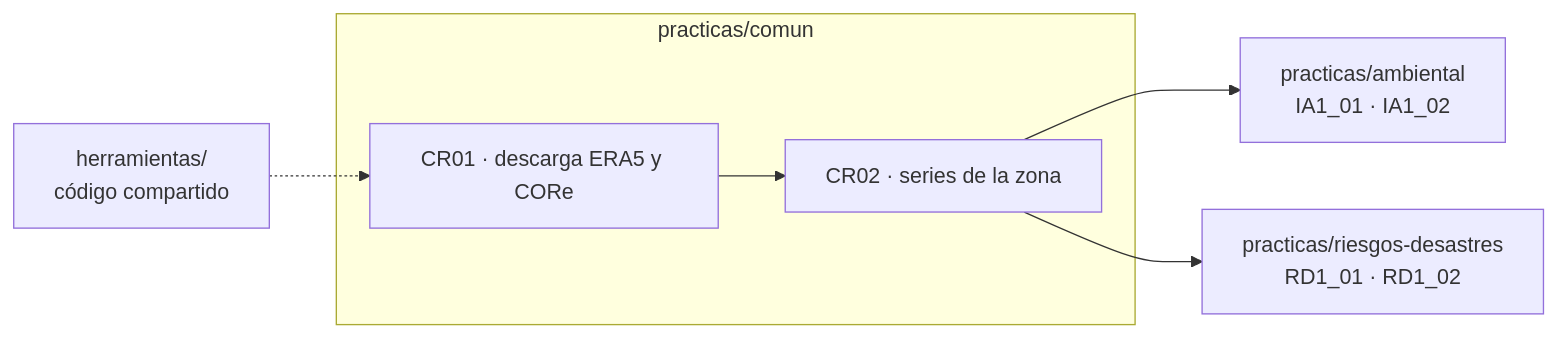
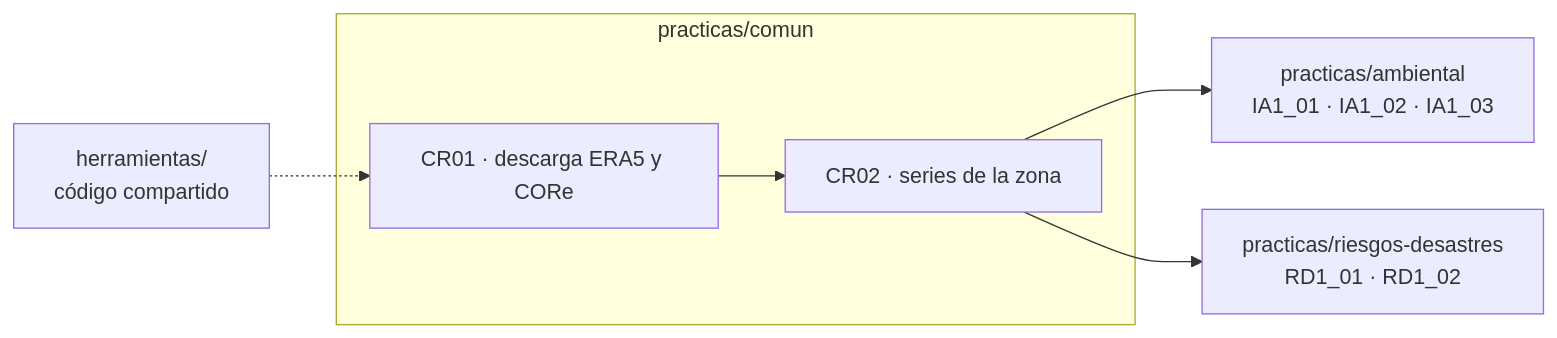
Before and after one commit to crispaliz/cambio-climatico-espam: the diagram in README.md, drawn with Mermaid. The commit also changed other lines of this file and 18 other files, not shown here.

````diff
--- a/README.md
+++ b/README.md
@@ -42,9 +44,9 @@
 ```mermaid
 flowchart LR
   H["herramientas/<br/>código compartido"] -.-> CR01
   subgraph C["practicas/comun"]
     CR01["CR01 · descarga ERA5 y CORe"] --> CR02["CR02 · series de la zona"]
   end
-  CR02 --> IA["practicas/ambiental<br/>IA1_01 · IA1_02"]
+  CR02 --> IA["practicas/ambiental<br/>IA1_01 · IA1_02 · IA1_03"]
   CR02 --> RD["practicas/riesgos-desastres<br/>RD1_01 · RD1_02"]
 ```
````
